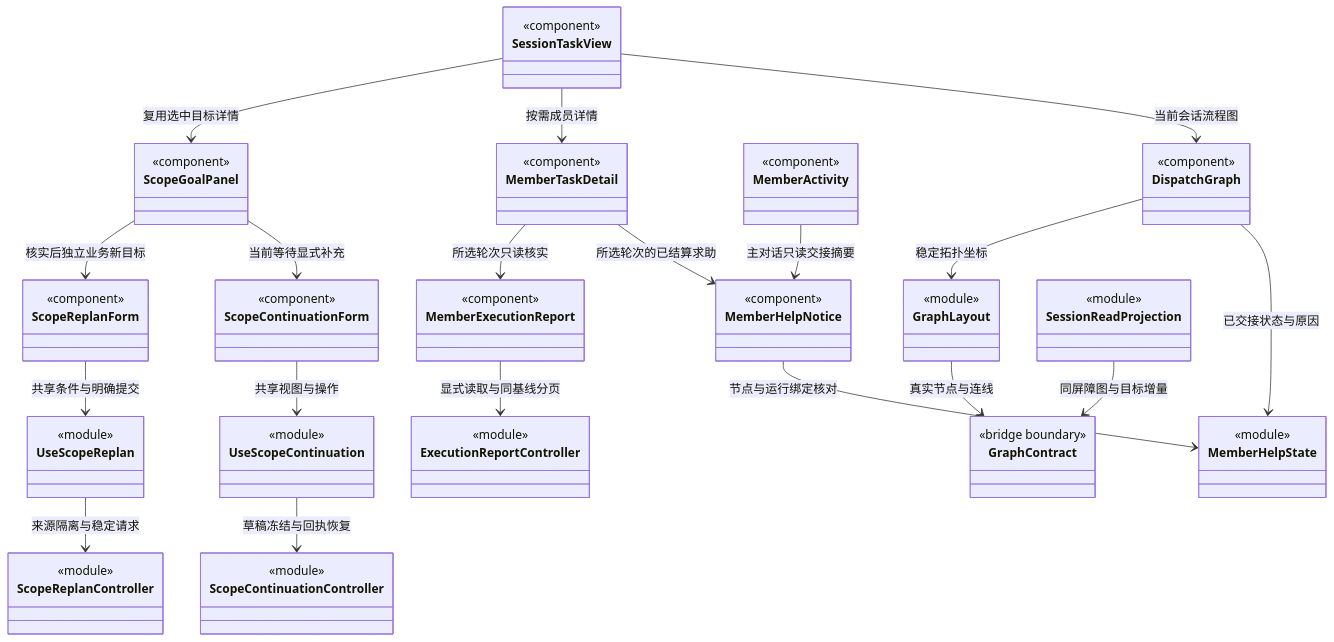
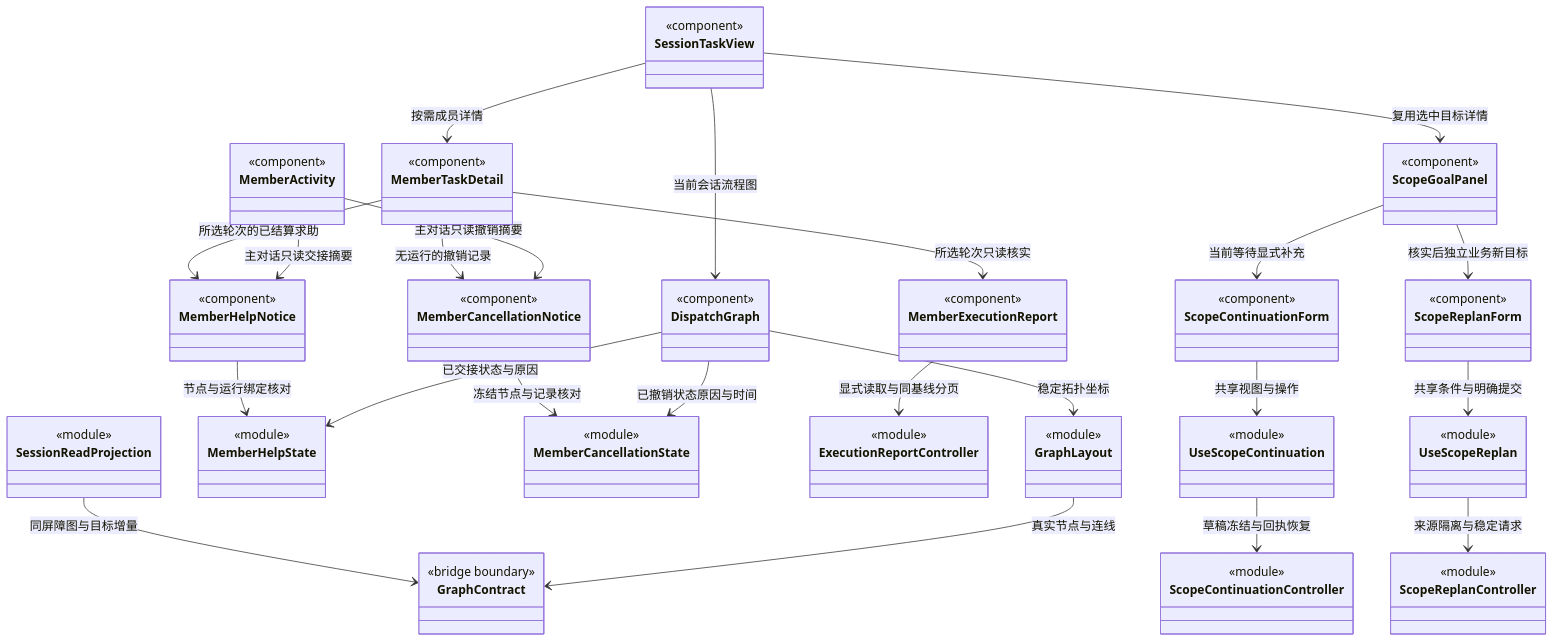
One commit to nan023062/cbim changed the diagram in src/frontend/tasks/CONTRACT.md. Above: the diagram before and after it, drawn with Mermaid. The commit also changed other lines of this file and 46 other files, not shown here.

````diff
--- a/src/frontend/tasks/CONTRACT.md
+++ b/src/frontend/tasks/CONTRACT.md
@@ -130,39 +138,45 @@
 ```mermaid
 classDiagram
 class SessionTaskView { <<component>> }
 class DispatchGraph { <<component>> }
 class GraphLayout { <<module>> }
 class MemberTaskDetail { <<component>> }
 class MemberActivity { <<component>> }
 class MemberHelpNotice { <<component>> }
 class MemberHelpState { <<module>> }
+class MemberCancellationNotice { <<component>> }
+class MemberCancellationState { <<module>> }
 class MemberExecutionReport { <<component>> }
 class ExecutionReportController { <<module>> }
 class ScopeGoalPanel { <<component>> }
 class ScopeContinuationForm { <<component>> }
 class ScopeContinuationController { <<module>> }
 class UseScopeContinuation { <<module>> }
 class ScopeReplanForm { <<component>> }
 class ScopeReplanController { <<module>> }
 class UseScopeReplan { <<module>> }
 class SessionReadProjection { <<module>> }
 class GraphContract { <<bridge boundary>> }
 SessionTaskView --> DispatchGraph : 当前会话流程图
 SessionTaskView --> MemberTaskDetail : 按需成员详情
 MemberTaskDetail --> MemberHelpNotice : 所选轮次的已结算求助
 MemberActivity --> MemberHelpNotice : 主对话只读交接摘要
 MemberHelpNotice --> MemberHelpState : 节点与运行绑定核对
 DispatchGraph --> MemberHelpState : 已交接状态与原因
+MemberTaskDetail --> MemberCancellationNotice : 无运行的撤销记录
+MemberActivity --> MemberCancellationNotice : 主对话只读撤销摘要
+MemberCancellationNotice --> MemberCancellationState : 冻结节点与记录核对
+DispatchGraph --> MemberCancellationState : 已撤销状态原因与时间
 MemberTaskDetail --> MemberExecutionReport : 所选轮次只读核实
 MemberExecutionReport --> ExecutionReportController : 显式读取与同基线分页
 SessionTaskView --> ScopeGoalPanel : 复用选中目标详情
 ScopeGoalPanel --> ScopeContinuationForm : 当前等待显式补充
 ScopeContinuationForm --> UseScopeContinuation : 共享视图与操作
 UseScopeContinuation --> ScopeContinuationController : 草稿冻结与回执恢复
 ScopeGoalPanel --> ScopeReplanForm : 核实后独立业务新目标
 ScopeReplanForm --> UseScopeReplan : 共享条件与明确提交
 UseScopeReplan --> ScopeReplanController : 来源隔离与稳定请求
 SessionReadProjection --> GraphContract : 同屏障图与目标增量
 DispatchGraph --> GraphLayout : 稳定拓扑坐标
 GraphLayout --> GraphContract : 真实节点与连线
 ```
````
